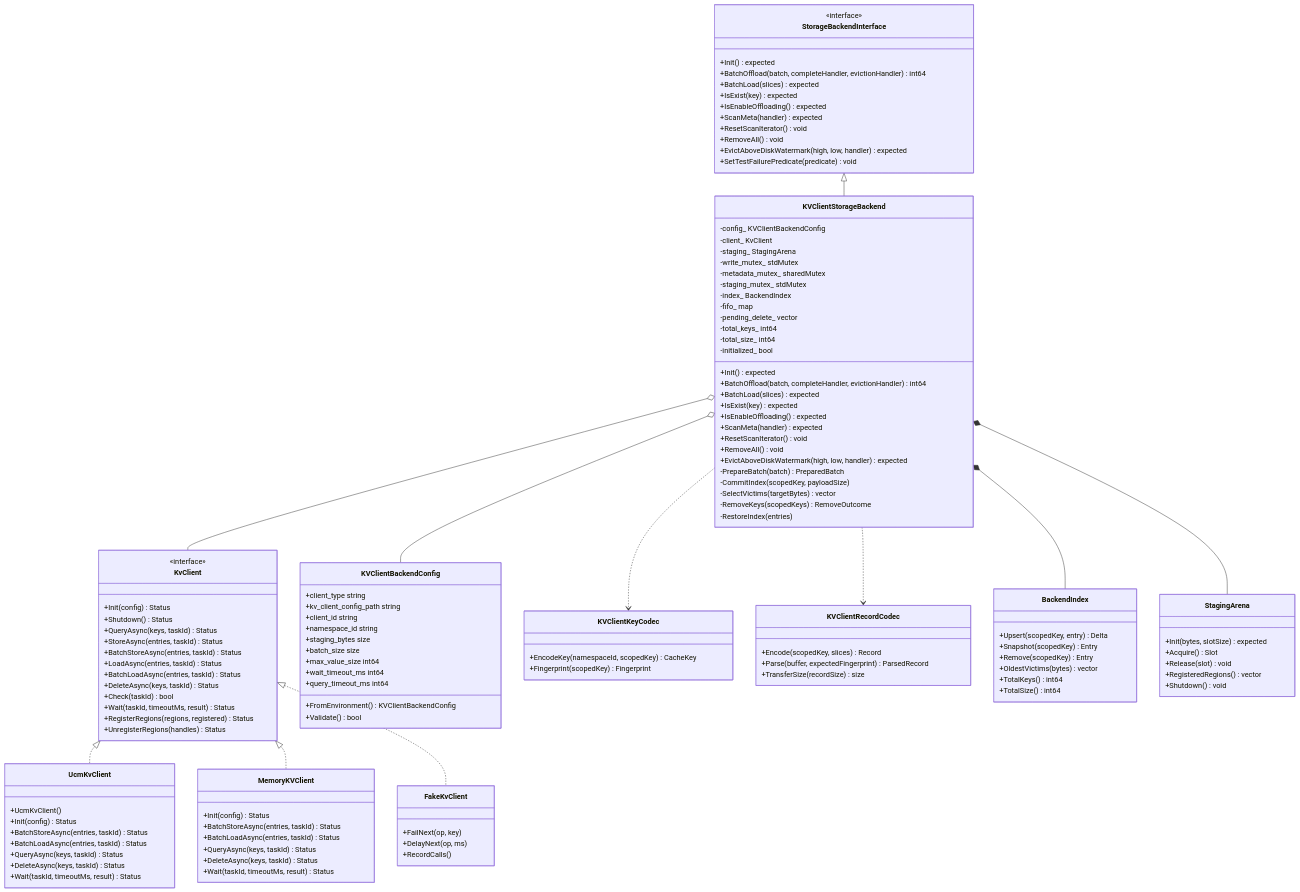
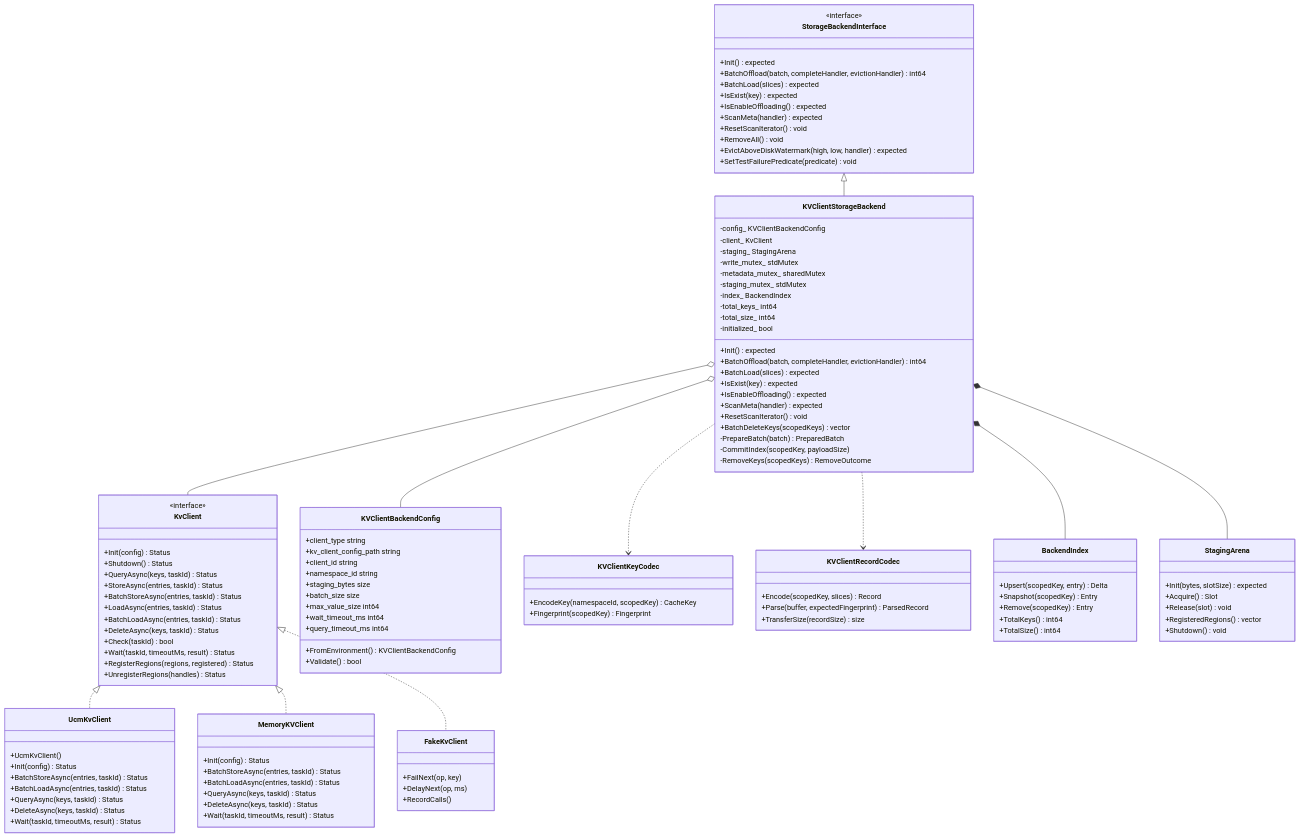
One commit to zwj20000328-dotcom/Mooncake-documents changed the fifth of 14 diagrams in kvclient-storageBackend.md. Above: the diagram before and after it, drawn with Mermaid. The commit also changed other lines of this file and 1 other file, not shown here.

```diff
--- a/kvclient-storageBackend.md
+++ b/kvclient-storageBackend.md
@@ -555,8 +650,6 @@
         -metadata_mutex_ sharedMutex
         -staging_mutex_ stdMutex
         -index_ BackendIndex
-        -fifo_ map
-        -pending_delete_ vector
         -total_keys_ int64
         -total_size_ int64
         -initialized_ bool
@@ -567,13 +660,10 @@
         +IsEnableOffloading() expected
         +ScanMeta(handler) expected
         +ResetScanIterator() void
-        +RemoveAll() void
-        +EvictAboveDiskWatermark(high, low, handler) expected
+        +BatchDeleteKeys(scopedKeys) vector
         -PrepareBatch(batch) PreparedBatch
         -CommitIndex(scopedKey, payloadSize)
-        -SelectVictims(targetBytes) vector
         -RemoveKeys(scopedKeys) RemoveOutcome
-        -RestoreIndex(entries)
     }
 
     class KvClient {
@@ -631,7 +721,6 @@
         +Upsert(scopedKey, entry) Delta
         +Snapshot(scopedKey) Entry
         +Remove(scopedKey) Entry
-        +OldestVictims(bytes) vector
         +TotalKeys() int64
         +TotalSize() int64
     }
```
